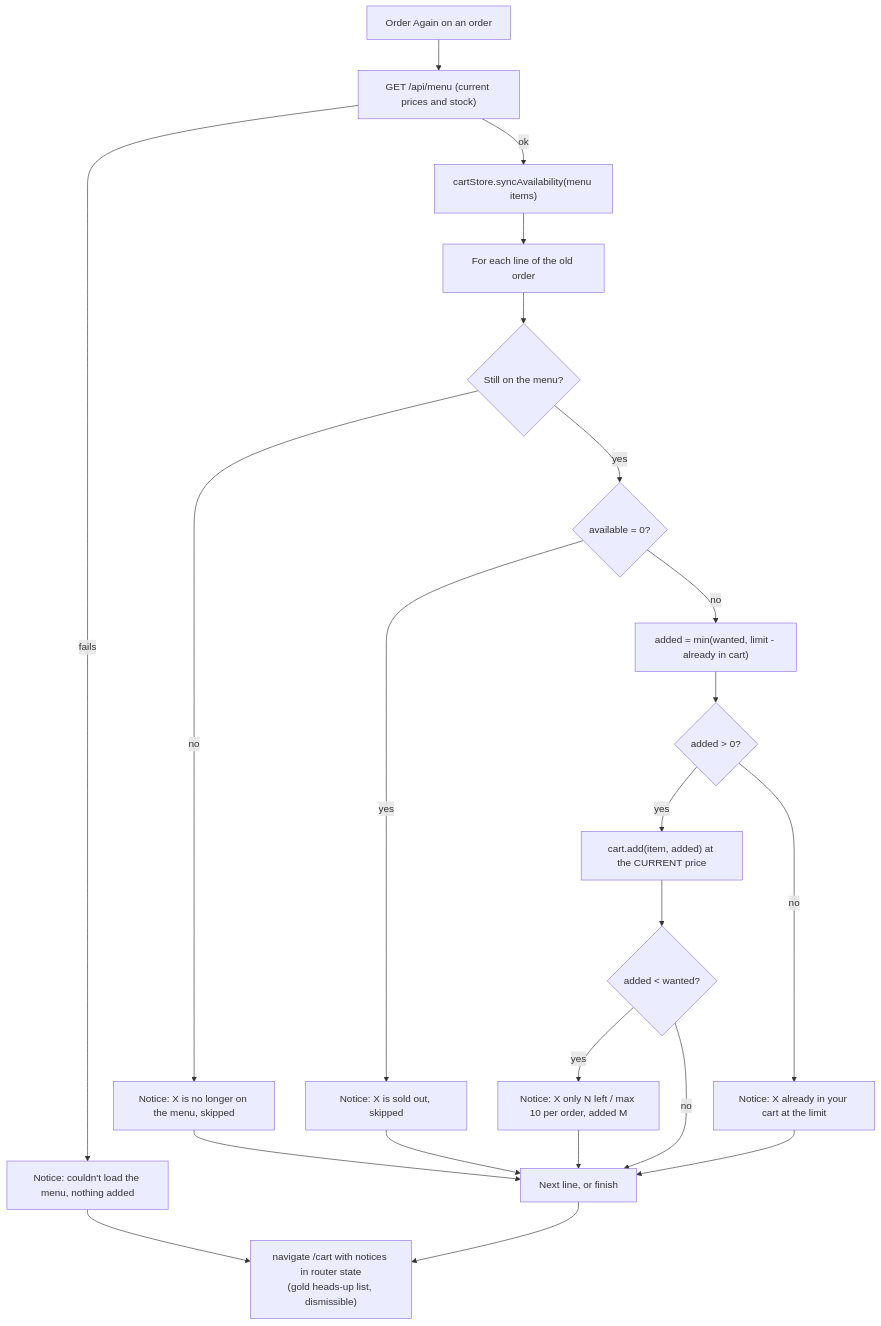
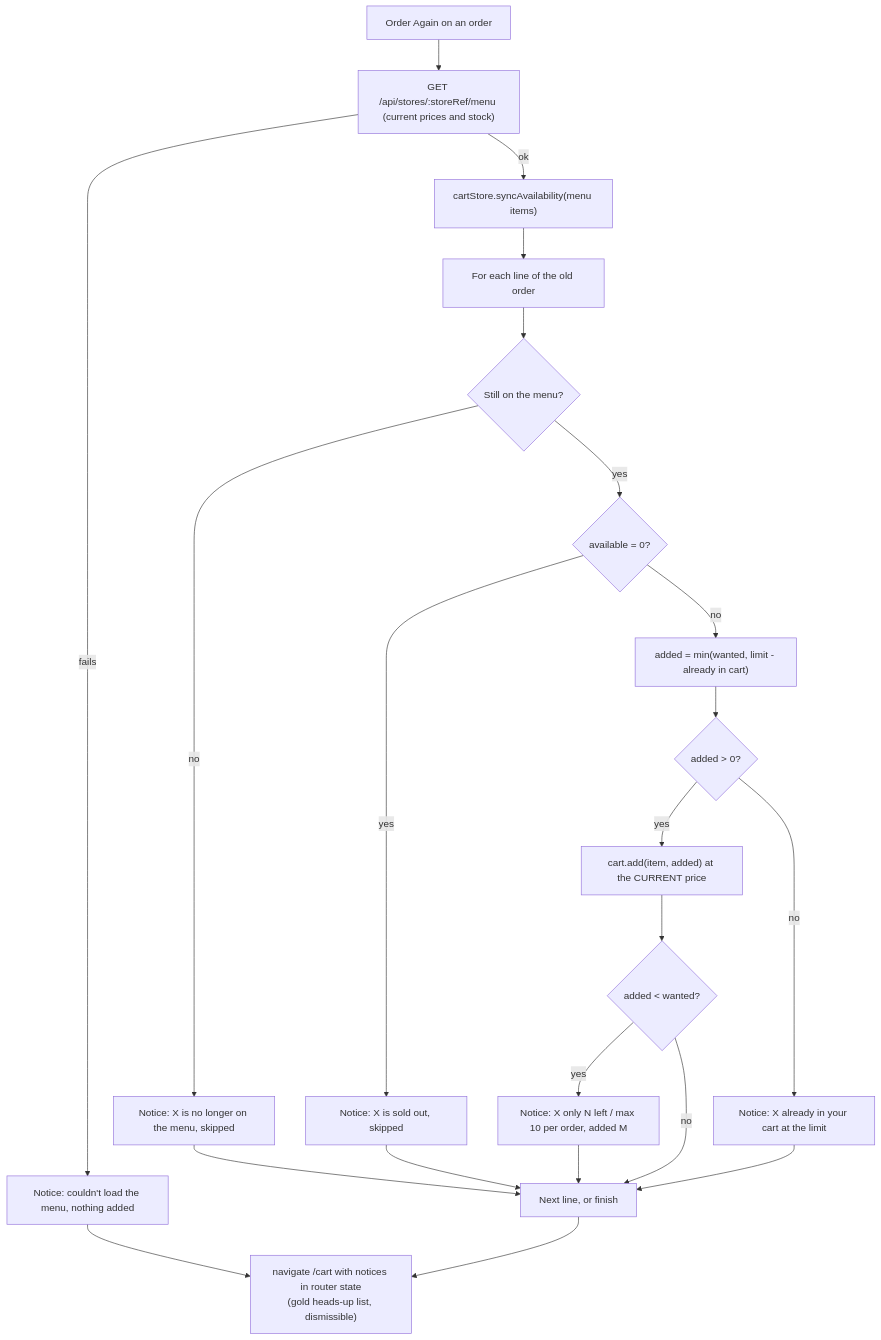
Before and after one commit to The-KhaNha/KhaNha: diagram 20 of 29 in docs/ARCHITECTURE.md, drawn with Mermaid. The commit also changed other lines of this file and 257 other files, not shown here.

First line of the commit message:
P2 — Multi-store: brands, stores, teams, hours and the store-scoped API (#75)

````diff
--- a/docs/ARCHITECTURE.md
+++ b/docs/ARCHITECTURE.md
@@ -728,24 +749,24 @@
 ```mermaid
 flowchart TD
-  Tap["Order Again on an order"] --> Fetch["GET /api/menu (current prices and stock)"]
+  Tap["Order Again on an order"] --> Fetch["GET /api/stores/:storeRef/menu (current prices and stock)"]
   Fetch -->|"fails"| FailNote["Notice: couldn't load the menu, nothing added"]
   Fetch -->|"ok"| Sync["cartStore.syncAvailability(menu items)"]
   Sync --> Each["For each line of the old order"]
   Each --> OnMenu{"Still on the menu?"}
   OnMenu -->|"no"| N1["Notice: X is no longer on the menu, skipped"]
   OnMenu -->|"yes"| Avail{"available = 0?"}
   Avail -->|"yes"| N2["Notice: X is sold out, skipped"]
   Avail -->|"no"| Room["added = min(wanted, limit - already in cart)"]
   Room --> AddIt{"added > 0?"}
   AddIt -->|"yes"| Add["cart.add(item, added) at the CURRENT price"]
   AddIt -->|"no"| N3["Notice: X already in your cart at the limit"]
   Add --> Short{"added < wanted?"}
   Short -->|"yes"| N4["Notice: X only N left / max 10 per order, added M"]
   Short -->|"no"| Done
   N1 --> Done
   N2 --> Done
   N3 --> Done
   N4 --> Done
   FailNote --> Go
   Done["Next line, or finish"] --> Go["navigate /cart with notices in router state<br/>(gold heads-up list, dismissible)"]
 ```
````
